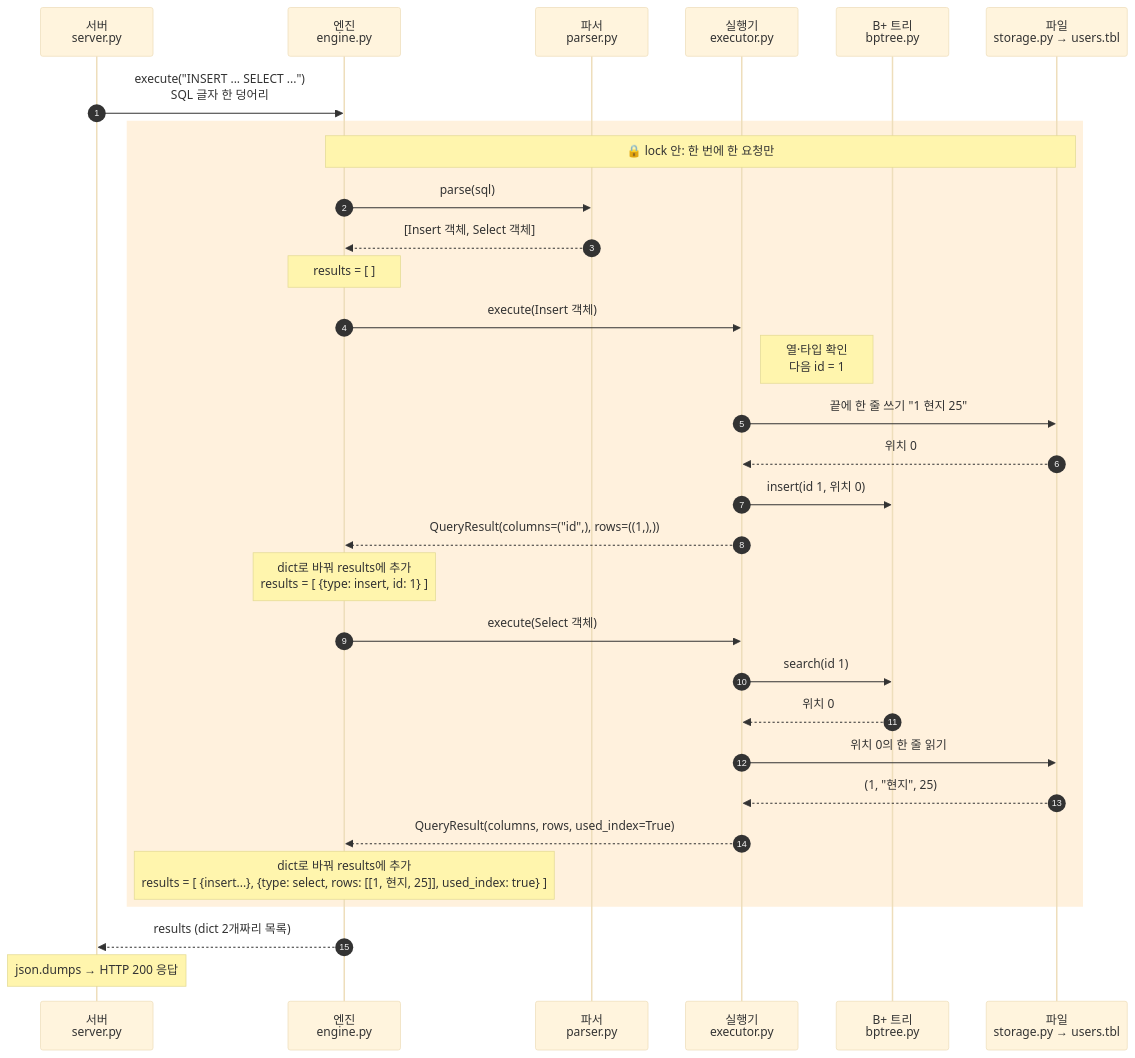
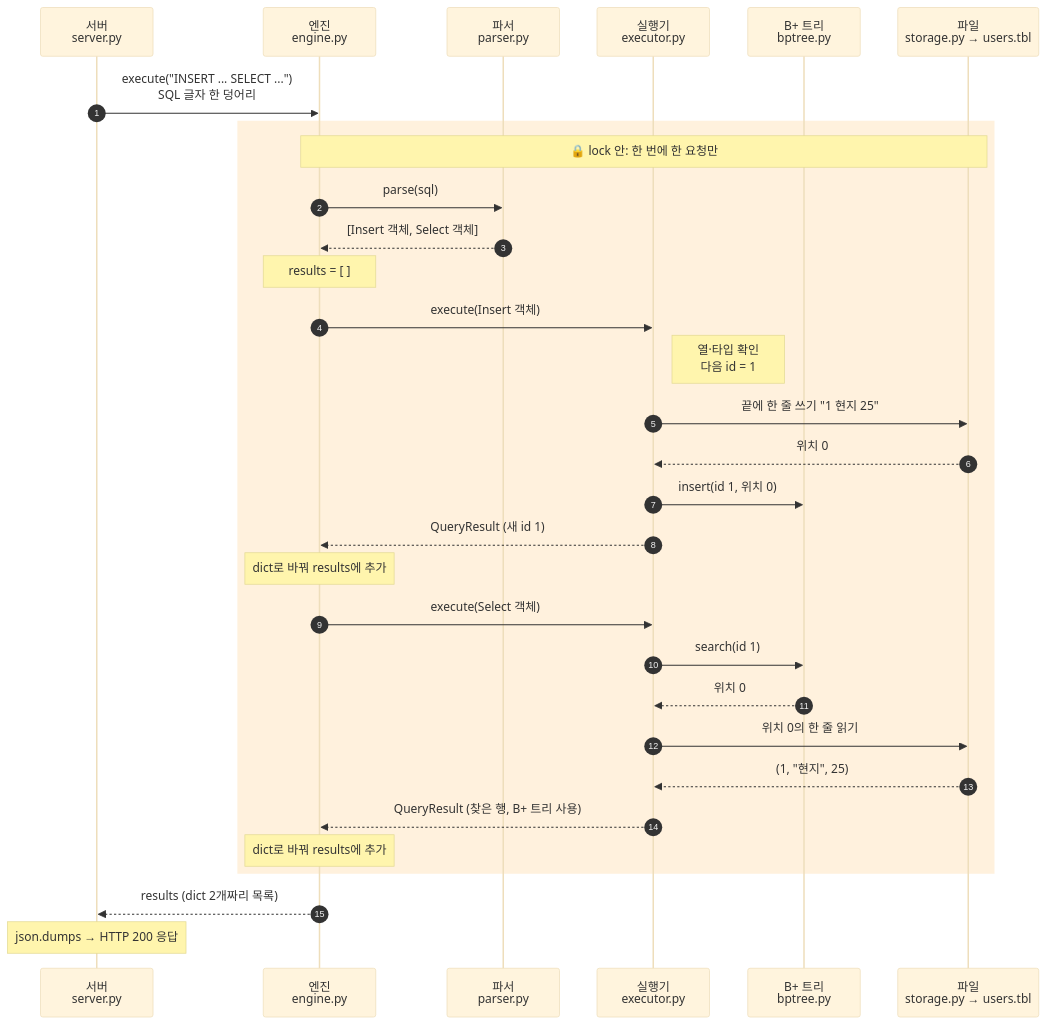
The third of 3 diagrams in README.md (team1-mini-lab/mini-dbms), drawn with Mermaid (base theme) before and after one commit. The commit also changed other lines of this file, not shown here.

````diff
--- a/README.md
+++ b/README.md
@@ -149,36 +141,36 @@
 ```mermaid
 sequenceDiagram
     autonumber
     participant S as 서버<br>server.py
     participant E as 엔진<br>engine.py
     participant P as 파서<br>parser.py
     participant X as 실행기<br>executor.py
     participant B as B+ 트리<br>bptree.py
     participant F as 파일<br>storage.py → users.tbl
 
     S->>E: execute("INSERT ... SELECT ...")<br>SQL 글자 한 덩어리
     rect rgba(255, 200, 120, 0.25)
     Note over E,F: 🔒 lock 안: 한 번에 한 요청만
     E->>P: parse(sql)
     P-->>E: [Insert 객체, Select 객체]
     Note over E: results = [ ]
 
     E->>X: execute(Insert 객체)
     Note right of X: 열·타입 확인<br>다음 id = 1
     X->>F: 끝에 한 줄 쓰기 "1 현지 25"
     F-->>X: 위치 0
     X->>B: insert(id 1, 위치 0)
-    X-->>E: QueryResult(columns=("id",), rows=((1,),))
-    Note over E: dict로 바꿔 results에 추가<br>results = [ {type: insert, id: 1} ]
+    X-->>E: QueryResult (새 id 1)
+    Note over E: dict로 바꿔 results에 추가
 
     E->>X: execute(Select 객체)
     X->>B: search(id 1)
     B-->>X: 위치 0
     X->>F: 위치 0의 한 줄 읽기
     F-->>X: (1, "현지", 25)
-    X-->>E: QueryResult(columns, rows, used_index=True)
-    Note over E: dict로 바꿔 results에 추가<br>results = [ {insert...}, {type: select, rows: [[1, 현지, 25]], used_index: true} ]
+    X-->>E: QueryResult (찾은 행, B+ 트리 사용)
+    Note over E: dict로 바꿔 results에 추가
     end
     E-->>S: results (dict 2개짜리 목록)
     Note over S: json.dumps → HTTP 200 응답
 ```
````
